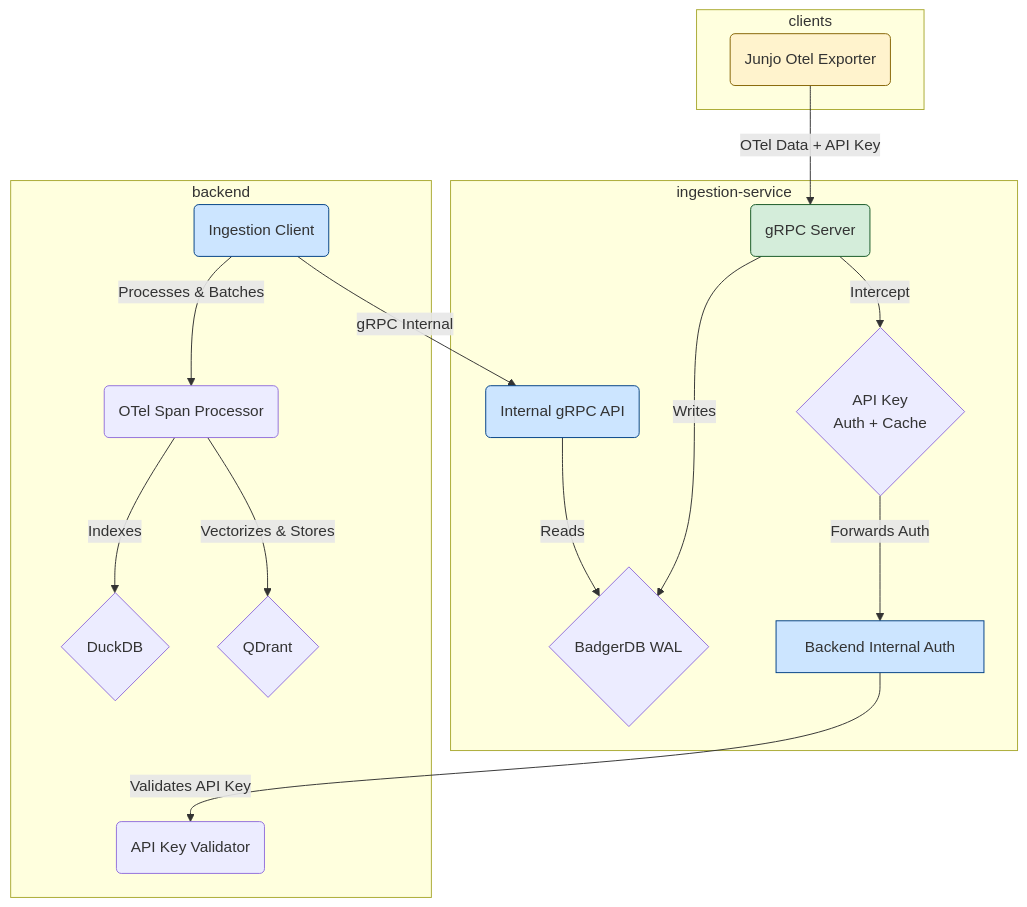
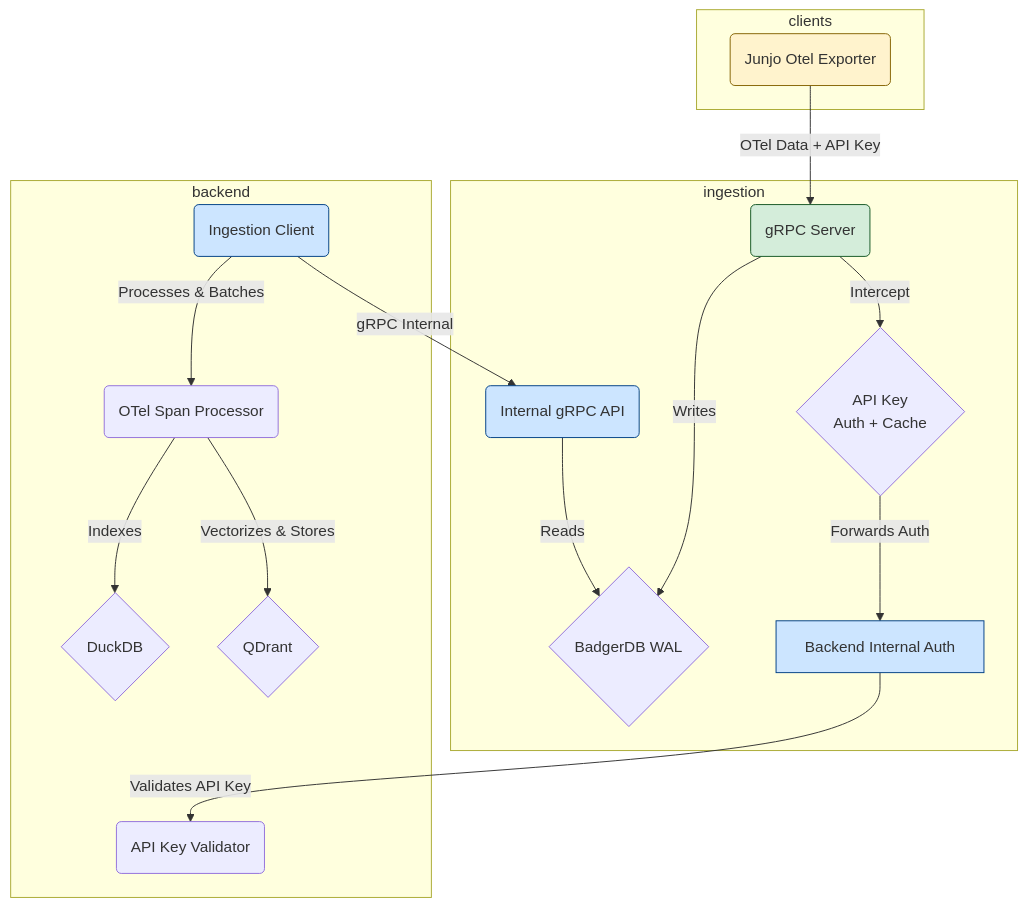
The first of 3 diagrams in AGENTS.md (mdrideout/junjo-ai-studio), drawn with Mermaid before and after one commit. The commit also changed other lines of this file and 58 other files, not shown here.

````diff
--- a/AGENTS.md
+++ b/AGENTS.md
@@ -17,36 +17,36 @@
 ```mermaid
 flowchart TD
- subgraph s1["ingestion-service"]
+ subgraph s1["ingestion"]
         B{"BadgerDB WAL"}
         C("Internal gRPC API")
         A("gRPC Server")
         IN{"API Key<br>Auth + Cache"}
         J["Backend Internal Auth"]
   end
  subgraph backend["backend"]
         D("Ingestion Client")
         E("OTel Span Processor")
         F{"DuckDB"}
         H{"QDrant"}
         K("API Key Validator")
   end
  subgraph clients["clients"]
         G("Junjo Otel Exporter")
   end
     C -- Reads --> B
     A -- Writes --> B
     A -- Intercept --> IN
     IN -- Forwards Auth --> J
     D -- gRPC Internal --> C
     D -- Processes & Batches --> E
     E -- Indexes --> F
     E -- Vectorizes & Stores --> H
     J -- Validates API Key --> K
     G -- OTel Data + API Key --> A
 
     style C fill:#cce5ff,stroke:#004085
     style A fill:#d4edda,stroke:#155724
     style J fill:#cce5ff,stroke:#004085
     style D fill:#cce5ff,stroke:#004085
     style G fill:#fff3cd,stroke:#856404
 ```
````
